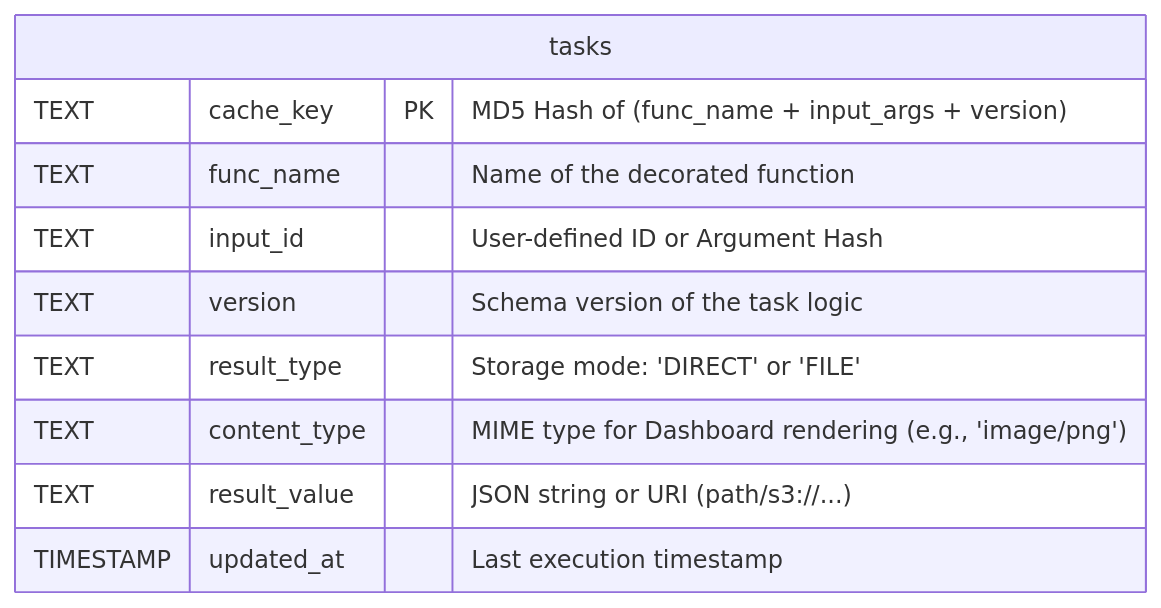
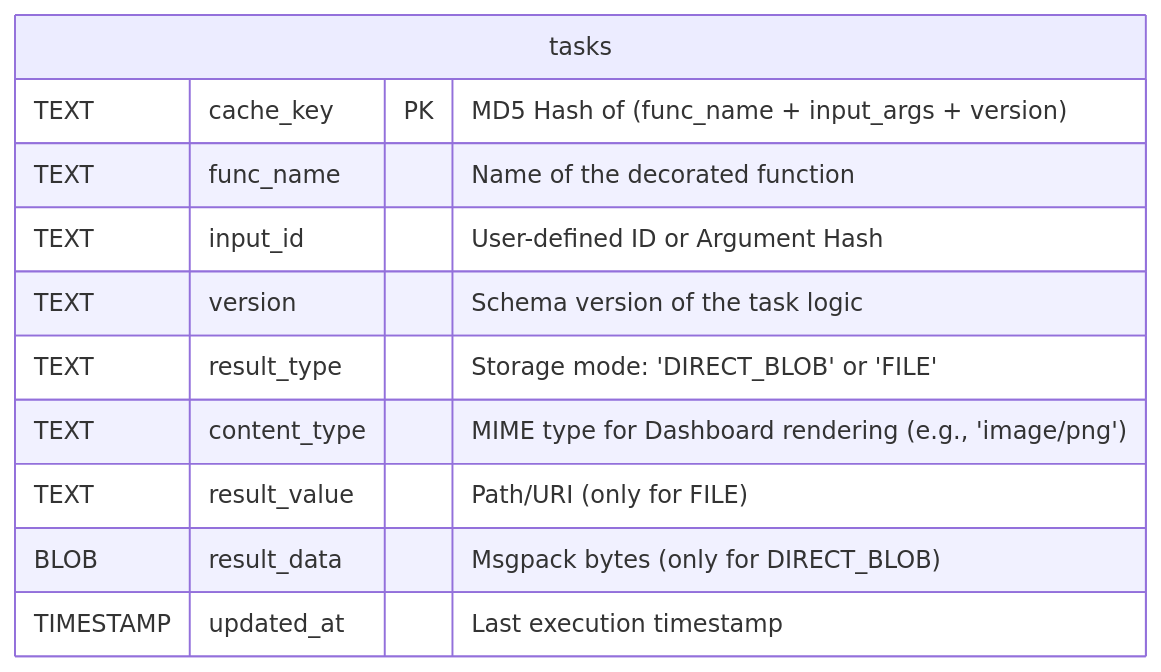
Before and after one commit to neelbauman/beautyspot: the third of 3 diagrams in docs/reference/architecture.md, drawn with Mermaid. The commit also changed other lines of this file and 2 other files, not shown here.

````diff
--- a/docs/reference/architecture.md
+++ b/docs/reference/architecture.md
@@ -141,13 +145,15 @@
 ```mermaid
 erDiagram
     tasks {
         TEXT cache_key PK "MD5 Hash of (func_name + input_args + version)"
         TEXT func_name "Name of the decorated function"
         TEXT input_id "User-defined ID or Argument Hash"
         TEXT version "Schema version of the task logic"
-        TEXT result_type "Storage mode: 'DIRECT' or 'FILE'"
+        TEXT result_type "Storage mode: 'DIRECT_BLOB' or 'FILE'"
         TEXT content_type "MIME type for Dashboard rendering (e.g., 'image/png')"
-        TEXT result_value "JSON string or URI (path/s3://...)"
+        TEXT result_value "Path/URI (only for FILE)"
+        BLOB result_data "Msgpack bytes (only for DIRECT_BLOB)"
         TIMESTAMP updated_at "Last execution timestamp"
     }
+
 ```
````
